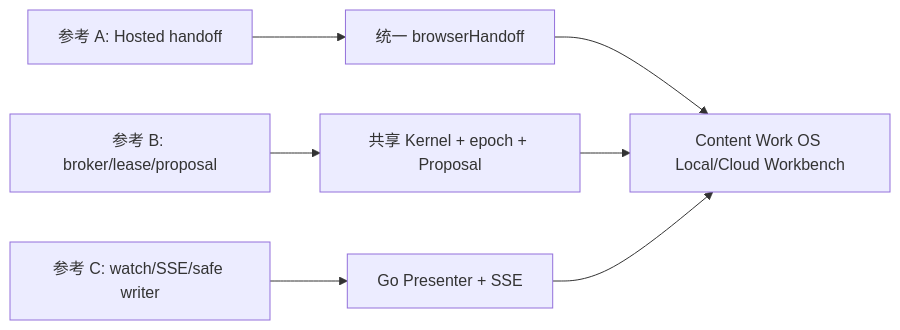
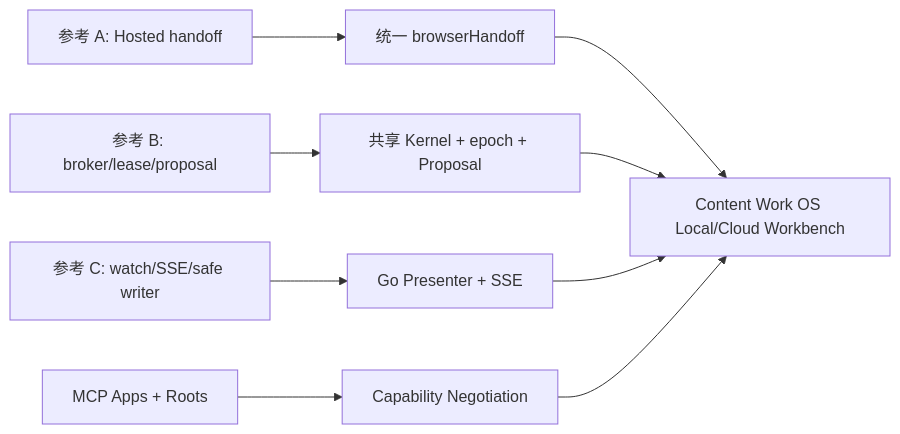
Before and after one commit to limecloud/contentcloud: the tenth of 10 diagrams in docs/product/customer-creation-studio/06-reference-workbench-analysis.md, drawn with Mermaid. The commit also changed other lines of this file and 126 other files, not shown here.

````diff
--- a/docs/product/customer-creation-studio/06-reference-workbench-analysis.md
+++ b/docs/product/customer-creation-studio/06-reference-workbench-analysis.md
@@ -509,9 +529,11 @@
 ```mermaid
 flowchart LR
     EvidenceA[参考 A: Hosted handoff] --> Handoff[统一 browserHandoff]
     EvidenceB[参考 B: broker/lease/proposal] --> Kernel[共享 Kernel + epoch + Proposal]
     EvidenceC[参考 C: watch/SSE/safe writer] --> Presenter[Go Presenter + SSE]
+    Standards[MCP Apps + Roots] --> Negotiation[Capability Negotiation]
     Handoff --> Target[Content Work OS Local/Cloud Workbench]
     Kernel --> Target
     Presenter --> Target
+    Negotiation --> Target
 ```
````
